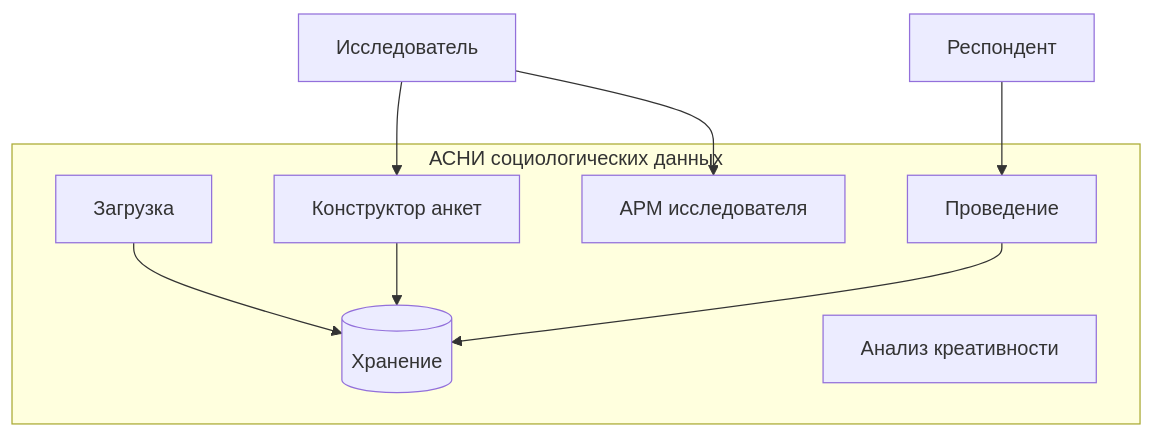
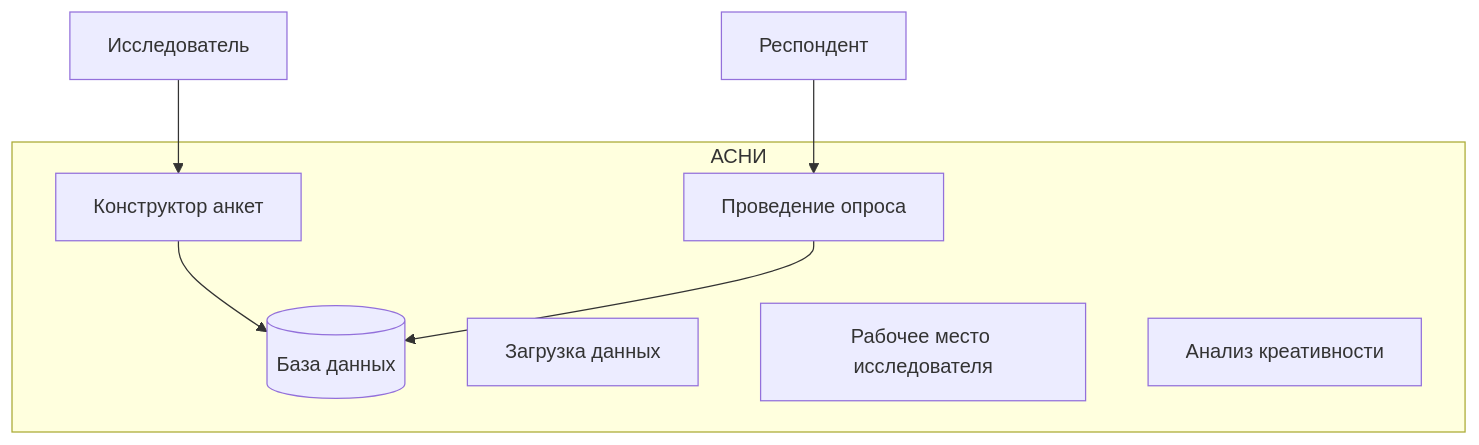
One commit to sanya2905/survey-constructor-service changed the first of 7 diagrams in docs/vkr-zashchita-prezentaciya.md. Above: the diagram before and after it, drawn with Mermaid. The commit also changed other lines of this file, not shown here.

````diff
--- a/docs/vkr-zashchita-prezentaciya.md
+++ b/docs/vkr-zashchita-prezentaciya.md
@@ -33,17 +33,15 @@
 ```mermaid
 flowchart TB
-    subgraph asni [АСНИ социологических данных]
-        H[(Хранение)]
-        Z[Загрузка]
+    subgraph asni [АСНИ]
+        H[(База данных)]
+        Z[Загрузка данных]
         K[Конструктор анкет]
-        P[Проведение]
-        A[АРМ исследователя]
+        P[Проведение опроса]
+        A[Рабочее место исследователя]
         C[Анализ креативности]
     end
     I[Исследователь] --> K
-    I --> A
     R[Респондент] --> P
     K --> H
     P --> H
-    Z --> H
 ```
````
